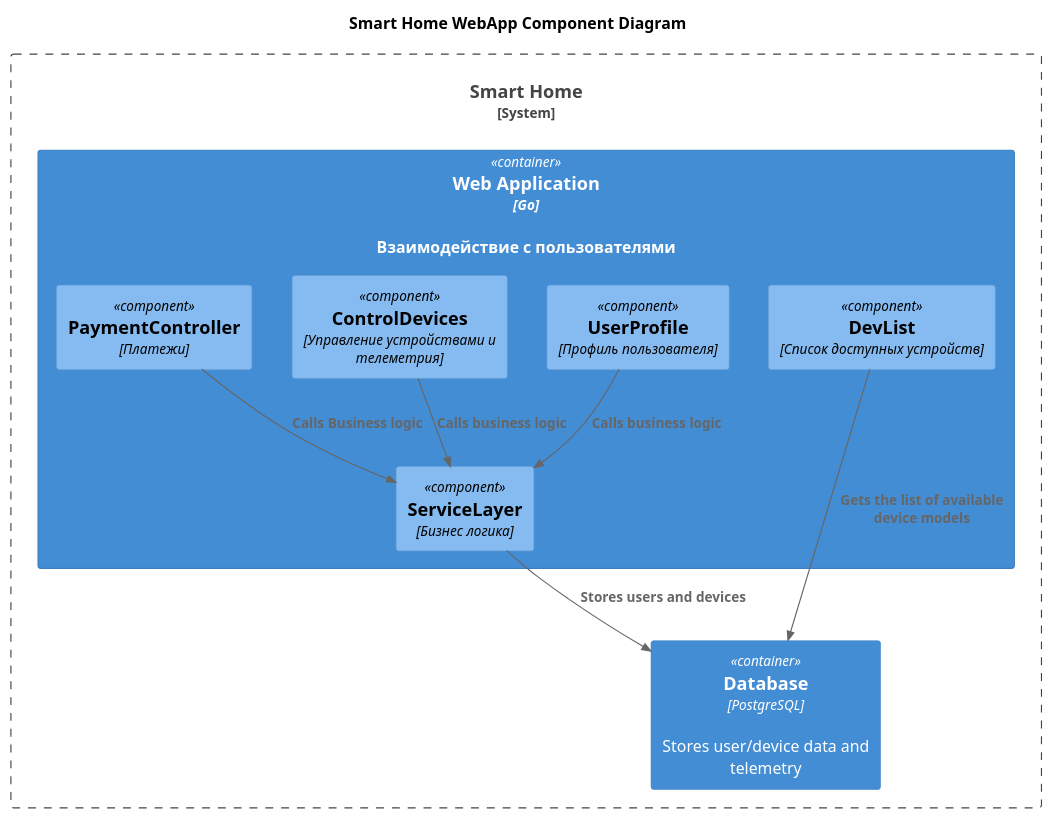
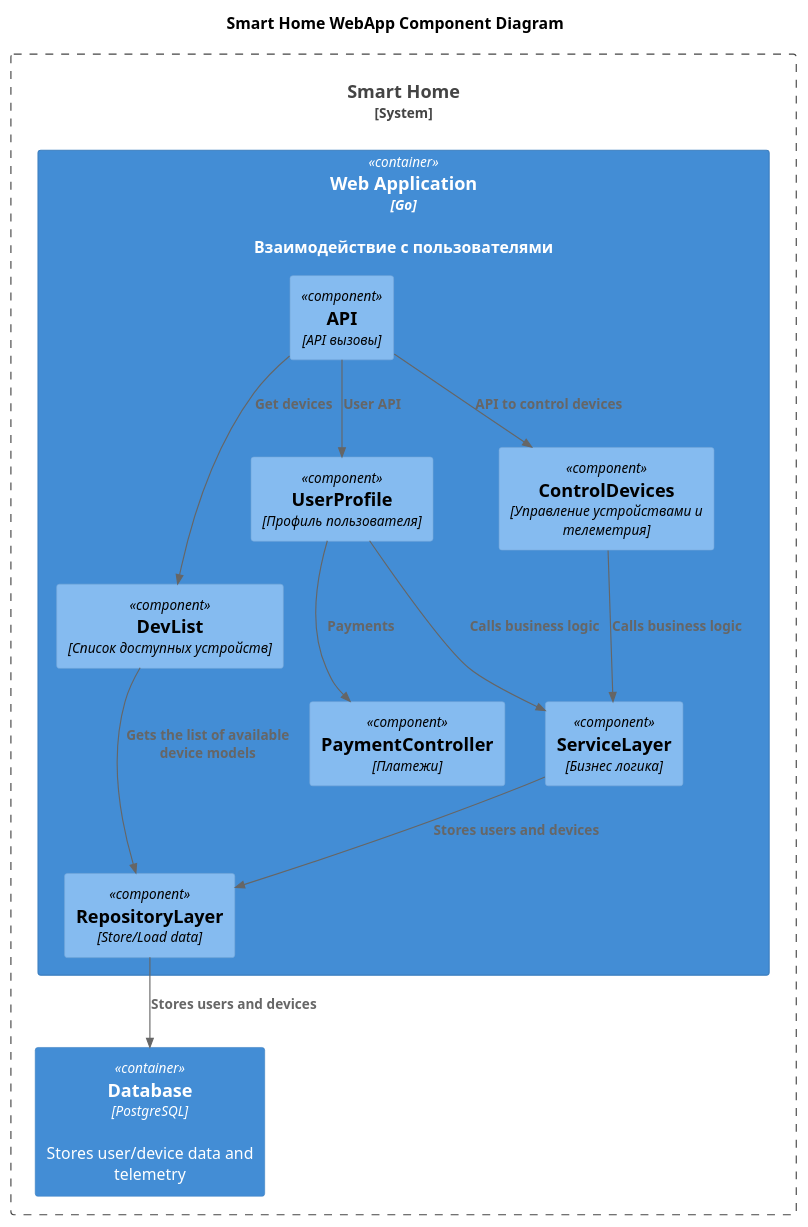
One commit to maximp-gh/architecture-sandbox changed the diagram in diagrams/Components/WebApp_component.puml. Above: the diagram before and after it, drawn with PlantUML. The commit also changed 4 other files, not shown here.

```diff
--- a/diagrams/Components/WebApp_component.puml
+++ b/diagrams/Components/WebApp_component.puml
@@ -1,29 +1,35 @@
 @startuml
 title Smart Home WebApp Component Diagram
 
 top to bottom direction
 
 !includeurl https://raw.githubusercontent.com/RicardoNiepel/C4-PlantUML/master/C4_Component.puml
 
 System_Boundary(SmartHome, "Smart Home") {
   Container(WebApp, "Web Application", "Go", "Взаимодействие с пользователями")
   Container(Database, "Database", "PostgreSQL", "Stores user/device data and telemetry")
 }
 
 Container(WebApp, "The Application") {
     Component(UserProfile, "UserProfile", "Профиль пользователя")
     Component(DevList, "DevList", "Список доступных устройств")
     Component(ControlDevices, "ControlDevices", "Управление устройствами и телеметрия")
     Component(PaymentController, "PaymentController", "Платежи")
     Component(ServiceLayer,   "ServiceLayer",   "Бизнес логика")
+    Component(API,   "API",   "API вызовы")
+    Component(RepositoryLayer,   "RepositoryLayer",   "Store/Load data")
     
 }
 
-Rel(PaymentController, ServiceLayer, "Calls Business logic")
-Rel(ServiceLayer, Database, "Stores users and devices")
+Rel(UserProfile, PaymentController, "Payments")
+Rel(ServiceLayer, RepositoryLayer, "Stores users and devices")
+Rel(RepositoryLayer, Database, "Stores users and devices")
 Rel(UserProfile, ServiceLayer, "Calls business logic")
 Rel(ControlDevices, ServiceLayer, "Calls business logic")
-Rel(DevList, Database, "Gets the list of available device models")
+Rel(DevList, RepositoryLayer, "Gets the list of available device models")
+Rel(API, DevList, "Get devices")
+Rel(API, ControlDevices, "API to control devices")
+Rel(API, UserProfile, "User API")
 
 
 @enduml
```
